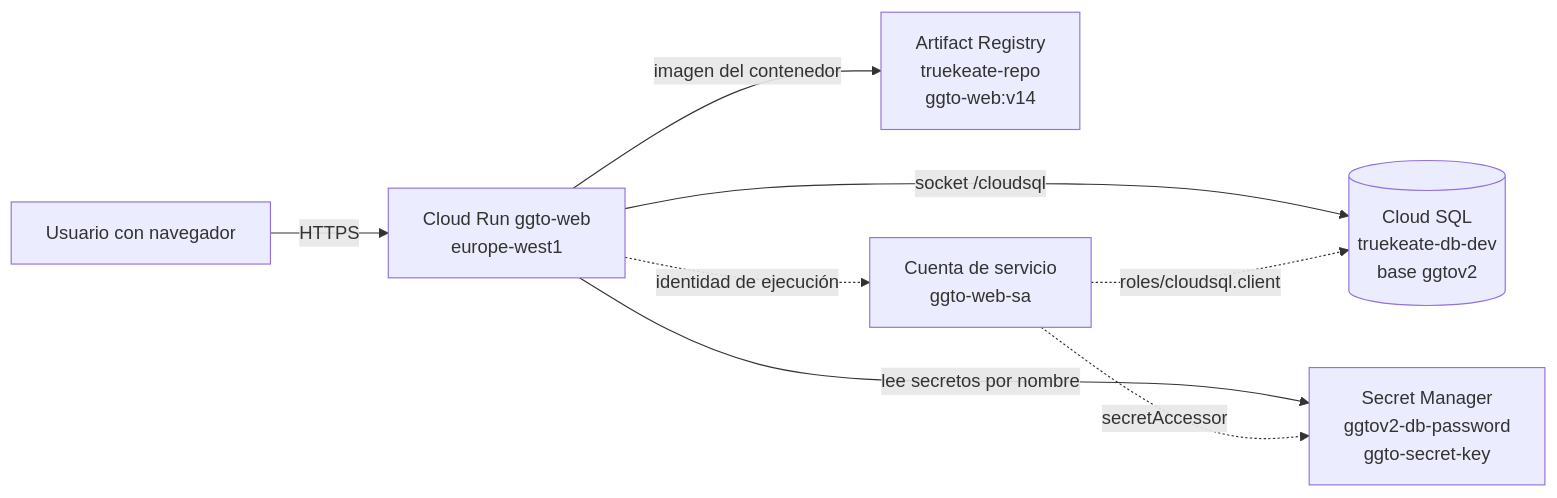
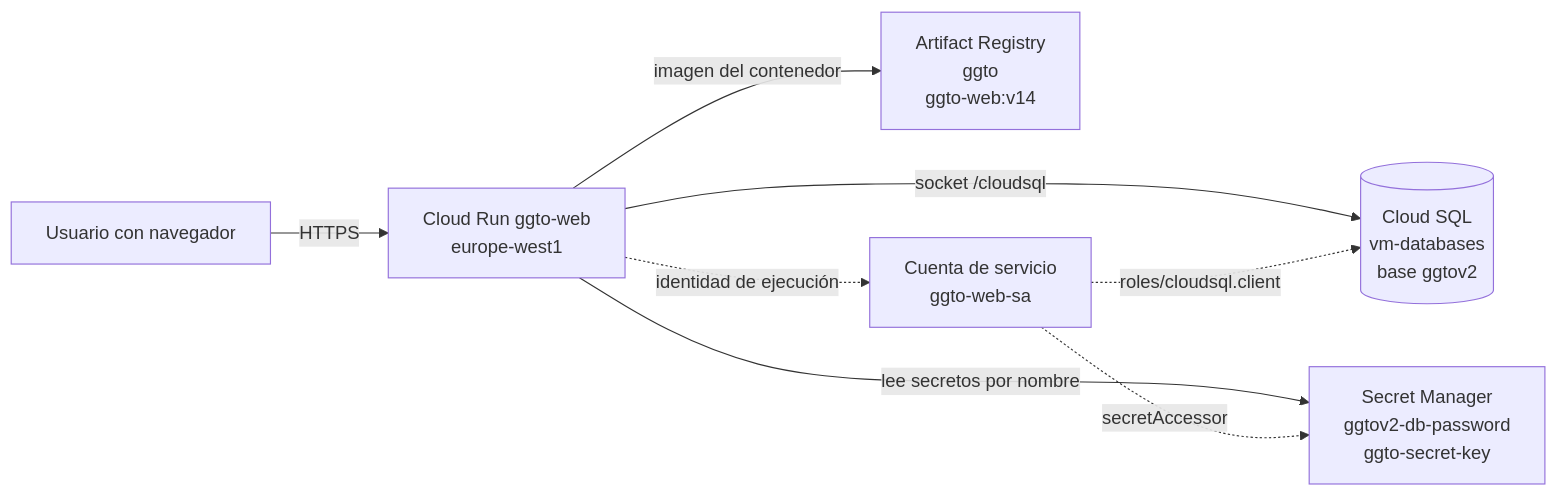
One commit to anlucorporations/GGTO changed the diagram in docs/Manuales/04-Despliegue/02-cloud-run-y-cloud-sql.md. Above: the diagram before and after it, drawn with Mermaid. The commit also changed other lines of this file and 249 other files, not shown here.

````diff
--- a/docs/Manuales/04-Despliegue/02-cloud-run-y-cloud-sql.md
+++ b/docs/Manuales/04-Despliegue/02-cloud-run-y-cloud-sql.md
@@ -51,10 +52,10 @@
 ```mermaid
 flowchart LR
     U["Usuario con navegador"] -->|"HTTPS"| CR["Cloud Run ggto-web<br/>europe-west1"]
-    CR -->|"socket /cloudsql"| DB[("Cloud SQL<br/>truekeate-db-dev<br/>base ggtov2")]
+    CR -->|"socket /cloudsql"| DB[("Cloud SQL<br/>vm-databases<br/>base ggtov2")]
     CR -->|"lee secretos por nombre"| SM["Secret Manager<br/>ggtov2-db-password<br/>ggto-secret-key"]
-    CR -->|"imagen del contenedor"| AR["Artifact Registry<br/>truekeate-repo<br/>ggto-web:v14"]
+    CR -->|"imagen del contenedor"| AR["Artifact Registry<br/>ggto<br/>ggto-web:v14"]
     CR -.->|"identidad de ejecución"| SA["Cuenta de servicio<br/>ggto-web-sa"]
     SA -.->|"roles/cloudsql.client"| DB
     SA -.->|"secretAccessor"| SM
 ```
````
